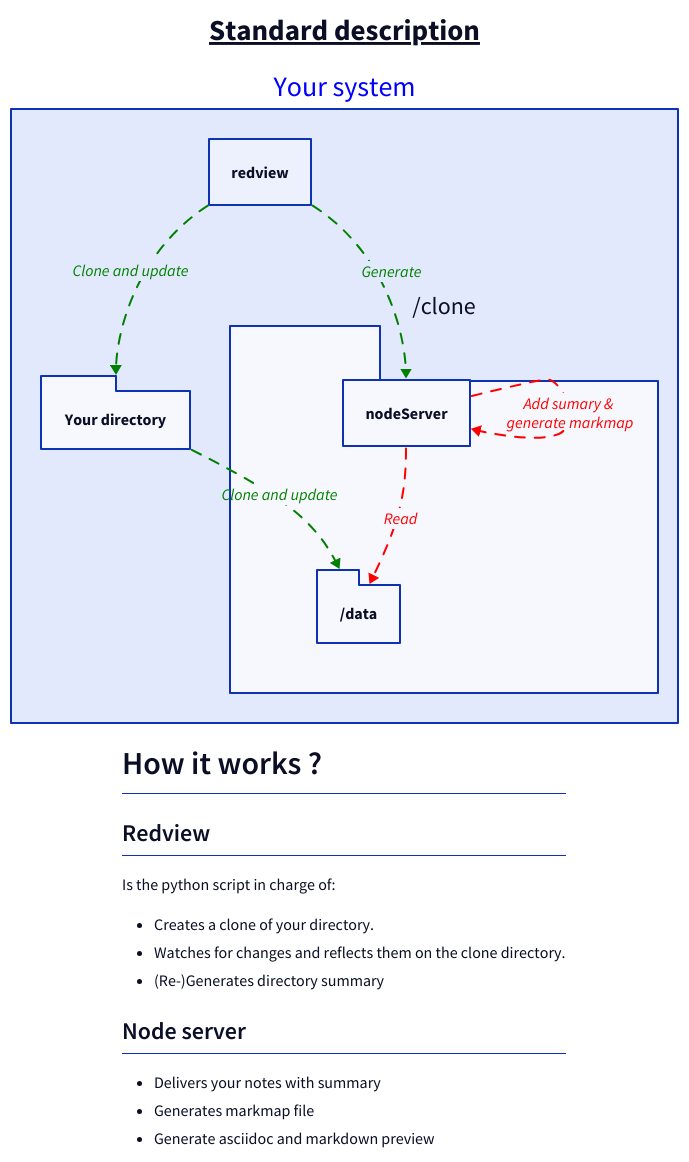
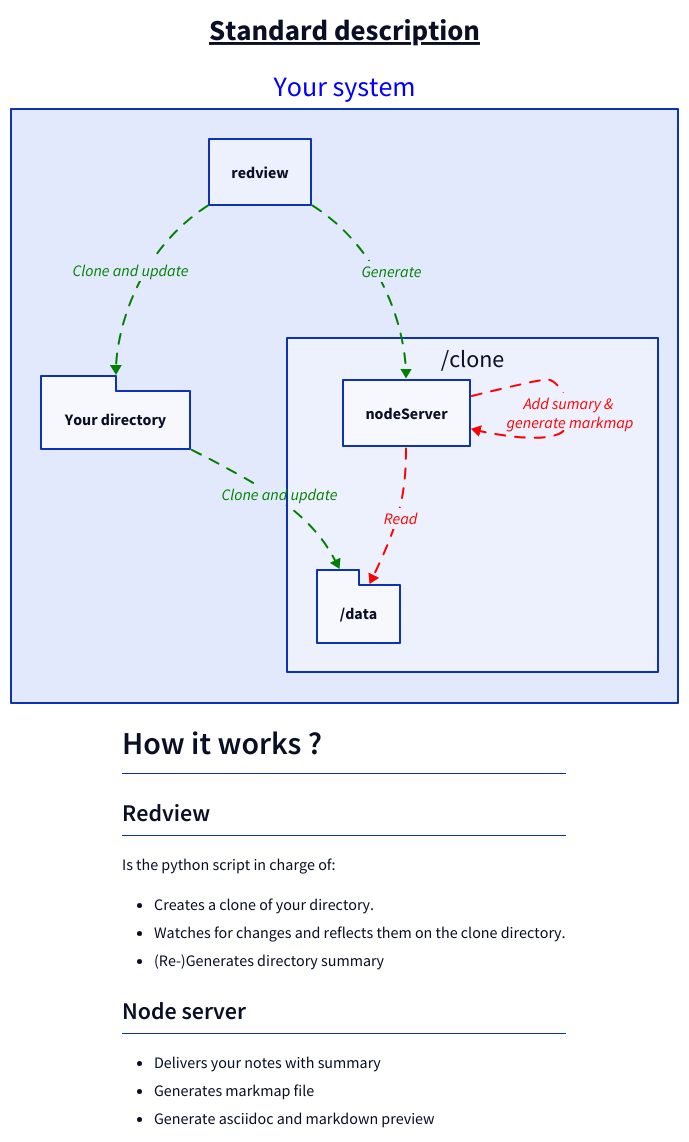
The diagram in images/standard_description.d2 (marcrow/redview), drawn with D2 before and after one commit. The commit also changed 1 other file, not shown here.

```diff
--- a/images/standard_description.d2
+++ b/images/standard_description.d2
@@ -1,34 +1,34 @@
 title: Standard description {
     near: top-center
     shape: text
     style: {
       font-size: 29
       bold: true
       underline: true
     }
   }
   Your system: {style.font-color: blue}
   Your system.Your directory
   Your system.redview
-  Your system./clone.shape: Package
+  Your system./clone : /clone{  label.near: top-center}
   Your system./clone.nodeServer
-  Your system./clone./data.shape: Package
-  Your system.Your directory.shape: Package
+  Your system./clone./data :{ shape: Package}
+  Your system.Your directory :{ shape: Package}
   
   Your system.redview -> Your system.Your directory -> Your system./clone./data: Clone and update {style.animated: true; style.stroke: green; style.font-color: green}
   Your system.redview -> Your system./clone.nodeServer: Generate {style.animated: true; style.stroke: green; style.font-color: green}
   Your system./clone.nodeServer -> Your system./clone./data: Read {style.animated: true; style.stroke: red; style.font-color: red}
   Your system./clone.nodeServer -> Your system./clone.nodeServer: Add sumary & \ngenerate markmap {style.animated: true; style.stroke: red; style.font-color: red}
   
   explanation: |md
     # How it works ?
     ## Redview
     Is the python script in charge of:
       - Creates a clone of your directory.
       - Watches for changes and reflects them on the clone directory.
       - (Re-)Generates directory summary
     ## Node server
       - Delivers your notes with summary
       - Generates markmap file
       - Generate asciidoc and markdown preview
   | {near: bottom-center}
```
